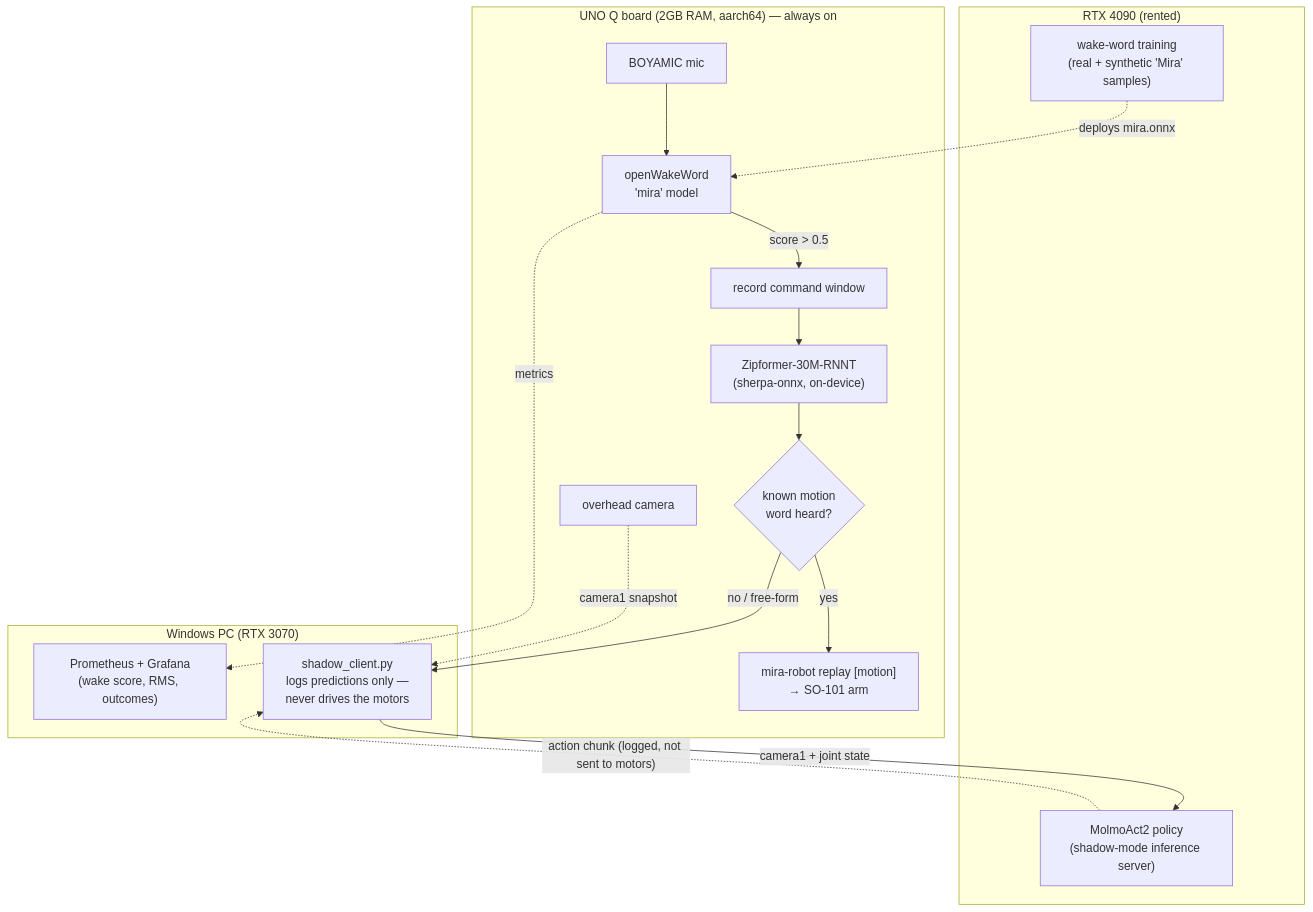
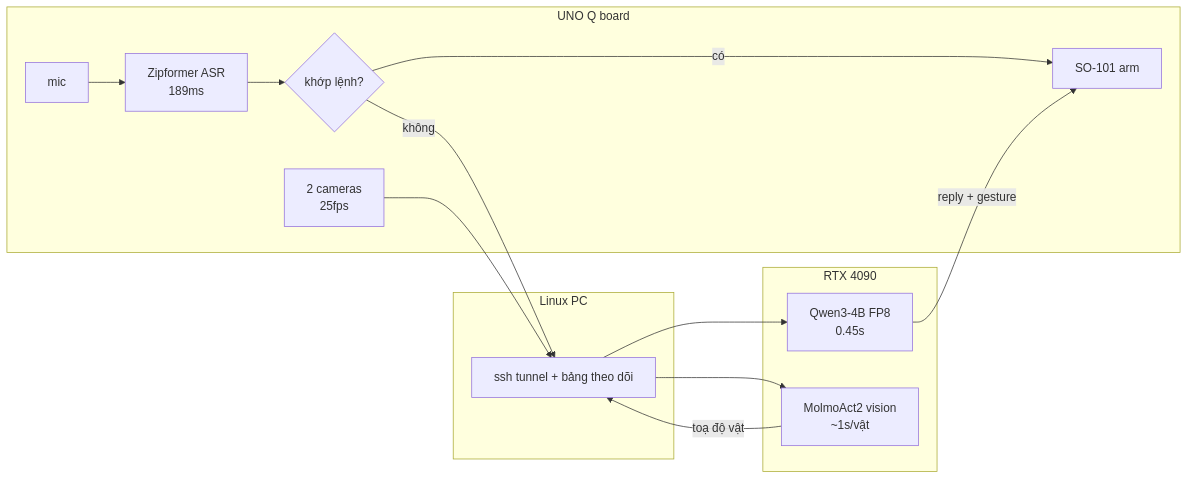
The diagram in README.md (fountainhead-2207/Qualcom_Mira), drawn with Mermaid before and after one commit. The commit also changed other lines of this file and 3 other files, not shown here.

First line of the commit message:
Document both pipelines, and measure board-only against server-backed

````diff
--- a/README.md
+++ b/README.md
@@ -49,28 +85,18 @@
 ```mermaid
-flowchart TB
-    subgraph BOARD["UNO Q board (2GB RAM, aarch64) — always on"]
-        MIC["BOYAMIC mic"] --> WW["openWakeWord<br/>'mira' model"]
-        WW -- "score > 0.5" --> REC["record command window"]
-        REC --> STT["Zipformer-30M-RNNT<br/>(sherpa-onnx, on-device)"]
-        STT --> MATCH{"known motion<br/>word heard?"}
-        MATCH -- "yes" --> MOTOR["mira-robot replay [motion]<br/>→ SO-101 arm"]
-        OVERHEAD["overhead camera"]
+flowchart LR
+    subgraph BOARD["UNO Q board"]
+        MIC["mic"] --> ASR["Zipformer ASR<br>189ms"]
+        ASR --> MATCH{"khớp lệnh?"}
+        MATCH -- "có" --> ARM["SO-101 arm"]
+        CAMS["2 cameras<br>25fps"]
     end
-
-    subgraph PC["Windows PC (RTX 3070)"]
-        MON["Prometheus + Grafana<br/>(wake score, RMS, outcomes)"]
-        SHADOW["shadow_client.py<br/>logs predictions only —<br/>never drives the motors"]
+    subgraph PC["Linux PC"]
+        BRIDGE["ssh tunnel + bảng theo dõi"]
     end
-
-    subgraph SERVER["RTX 4090 (rented)"]
-        TRAINENV["wake-word training<br/>(real + synthetic 'Mira' samples)"]
-        MOLMO["MolmoAct2 policy<br/>(shadow-mode inference server)"]
+    subgraph SRV["RTX 4090"]
+        LLM["Qwen3-4B FP8<br>0.45s"]
+        VIS["MolmoAct2 vision<br>~1s/vật"]
     end
-
-    MATCH -- "no / free-form" --> SHADOW
-    OVERHEAD -. "camera1 snapshot" .-> SHADOW
-    SHADOW -- "camera1 + joint state" --> MOLMO
-    MOLMO -. "action chunk (logged, not sent to motors)" .-> SHADOW
-    TRAINENV -. "deploys mira.onnx" .-> WW
-    WW -. "metrics" .-> MON
+    MATCH -- "không" --> BRIDGE --> LLM -- "reply + gesture" --> ARM
+    CAMS --> BRIDGE --> VIS -- "toạ độ vật" --> BRIDGE
 ```
````
